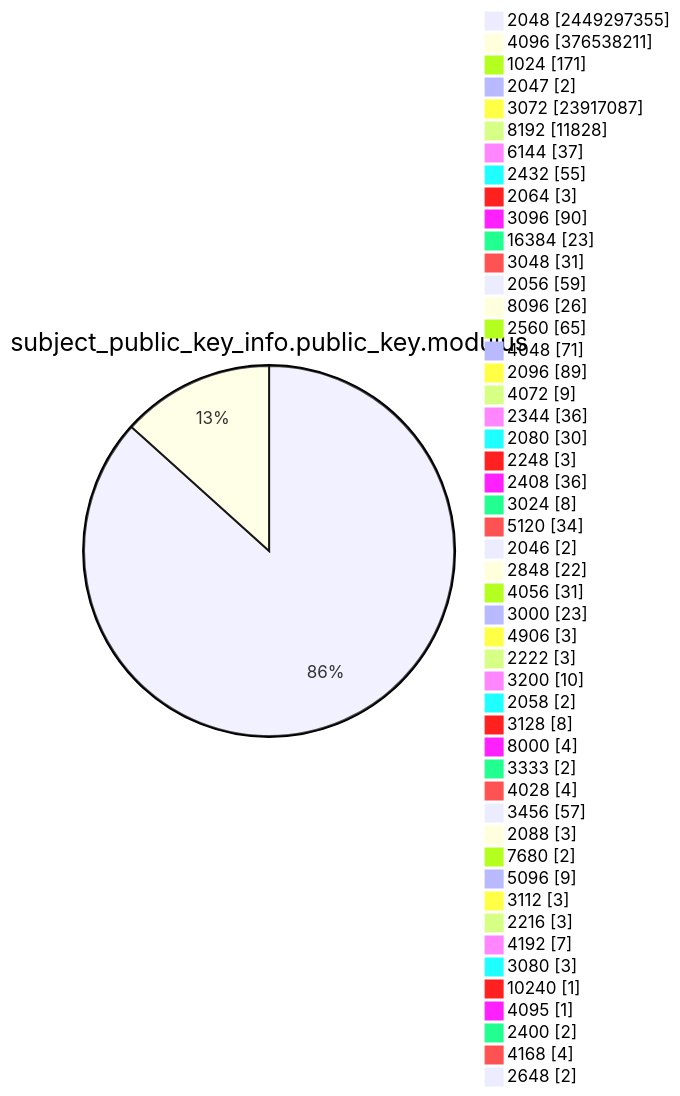
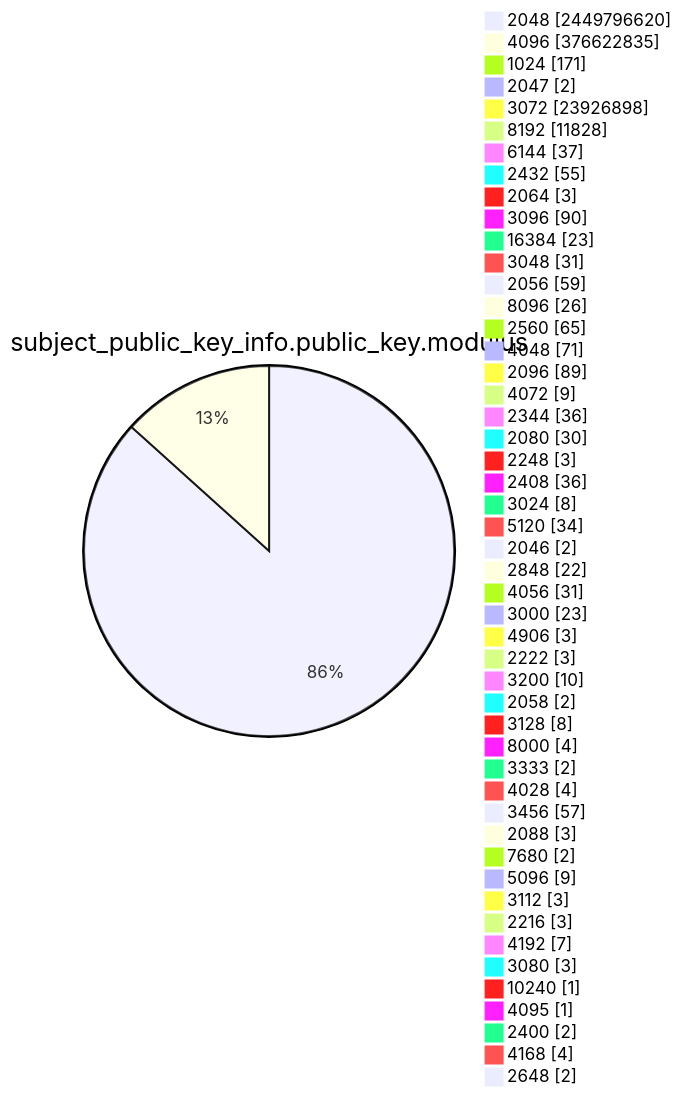
One commit to christiankrug/ctmonitor_visualization changed diagram 13 of 15 in TOTAL/README.md. Above: the diagram before and after it, drawn with Mermaid. The commit also changed other lines of this file, not shown here.

````diff
--- a/TOTAL/README.md
+++ b/TOTAL/README.md
@@ -4168,53 +4168,53 @@
 ```mermaid
 pie showData
 title subject_public_key_info.public_key.modulus
-"2048" :2449297355
-"4096" :376538211
+"2048" :2449796620
+"4096" :376622835
 "1024" :171
 "2047" :2
-"3072" :23917087
+"3072" :23926898
 "8192" :11828
 "6144" :37
 "2432" :55
 "2064" :3
 "3096" :90
 "16384" :23
 "3048" :31
 "2056" :59
 "8096" :26
 "2560" :65
 "4048" :71
 "2096" :89
 "4072" :9
 "2344" :36
 "2080" :30
 "2248" :3
 "2408" :36
 "3024" :8
 "5120" :34
 "2046" :2
 "2848" :22
 "4056" :31
 "3000" :23
 "4906" :3
 "2222" :3
 "3200" :10
 "2058" :2
 "3128" :8
 "8000" :4
 "3333" :2
 "4028" :4
 "3456" :57
 "2088" :3
 "7680" :2
 "5096" :9
 "3112" :3
 "2216" :3
 "4192" :7
 "3080" :3
 "10240" :1
 "4095" :1
 "2400" :2
 "4168" :4
 "2648" :2
 ```
````
